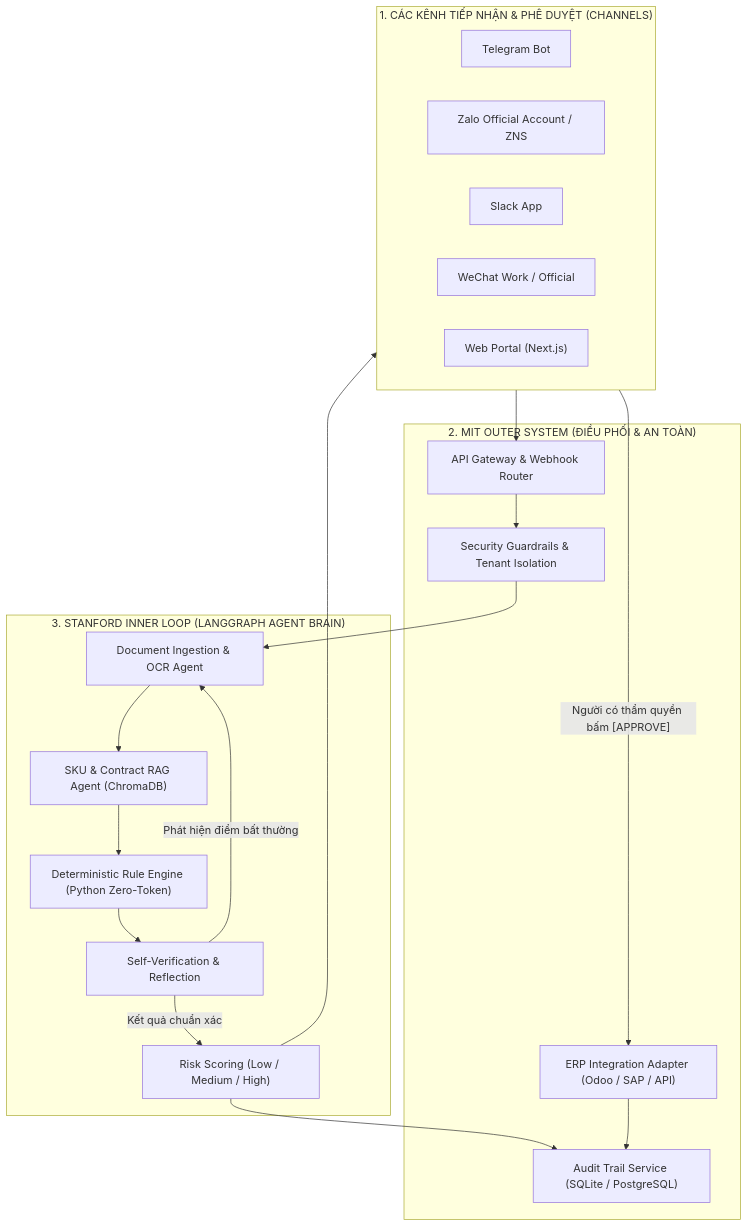
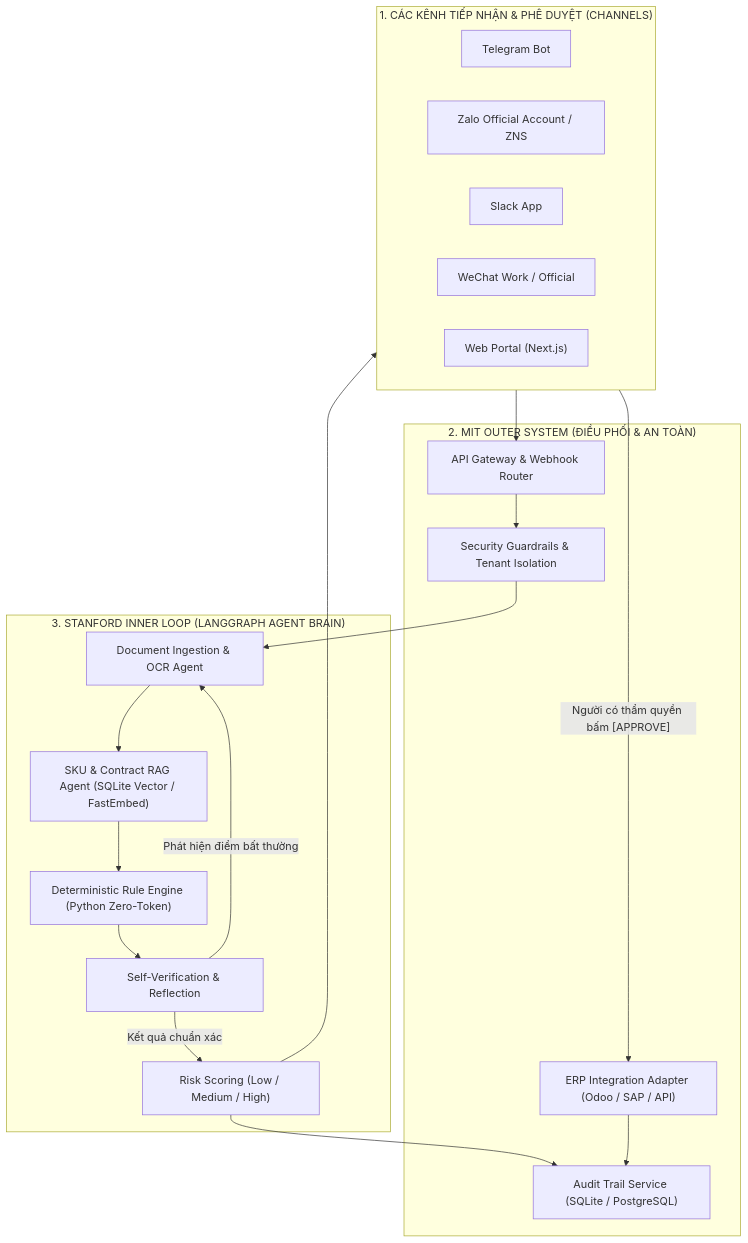
One commit to brianhuynh2021/po-preflight changed the first of 2 diagrams in docs/MO_TA_DU_AN.md. Above: the diagram before and after it, drawn with Mermaid. The commit also changed other lines of this file and 21 other files, not shown here.

````diff
--- a/docs/MO_TA_DU_AN.md
+++ b/docs/MO_TA_DU_AN.md
@@ -42,41 +42,41 @@
 ```mermaid
 flowchart TB
     subgraph Channels["1. CÁC KÊNH TIẾP NHẬN & PHÊ DUYỆT (CHANNELS)"]
         Telegram["Telegram Bot"]
         Zalo["Zalo Official Account / ZNS"]
         Slack["Slack App"]
         WeChat["WeChat Work / Official"]
         WebPortal["Web Portal (Next.js)"]
     end
 
     subgraph MIT_Outer["2. MIT OUTER SYSTEM (ĐIỀU PHỐI & AN TOÀN)"]
         Gateway["API Gateway & Webhook Router"]
         Guardrails["Security Guardrails & Tenant Isolation"]
         AuditService["Audit Trail Service (SQLite / PostgreSQL)"]
         ERPAdapter["ERP Integration Adapter (Odoo / SAP / API)"]
     end
 
     subgraph Stanford_Brain["3. STANFORD INNER LOOP (LANGGRAPH AGENT BRAIN)"]
         IngestionAgent["Document Ingestion & OCR Agent"]
-        RAGResolver["SKU & Contract RAG Agent (ChromaDB)"]
+        RAGResolver["SKU & Contract RAG Agent (SQLite Vector / FastEmbed)"]
         RuleEngine["Deterministic Rule Engine (Python Zero-Token)"]
         Verifier["Self-Verification & Reflection"]
         RiskEvaluator["Risk Scoring (Low / Medium / High)"]
     end
 
     Channels --> Gateway
     Gateway --> Guardrails
     Guardrails --> IngestionAgent
     
     IngestionAgent --> RAGResolver
     RAGResolver --> RuleEngine
     RuleEngine --> Verifier
     Verifier -- "Phát hiện điểm bất thường" --> IngestionAgent
     Verifier -- "Kết quả chuẩn xác" --> RiskEvaluator
     
     RiskEvaluator --> Channels
     RiskEvaluator --> AuditService
     
     Channels -- "Người có thẩm quyền bấm [APPROVE]" --> ERPAdapter
     ERPAdapter --> AuditService
 ```
````
